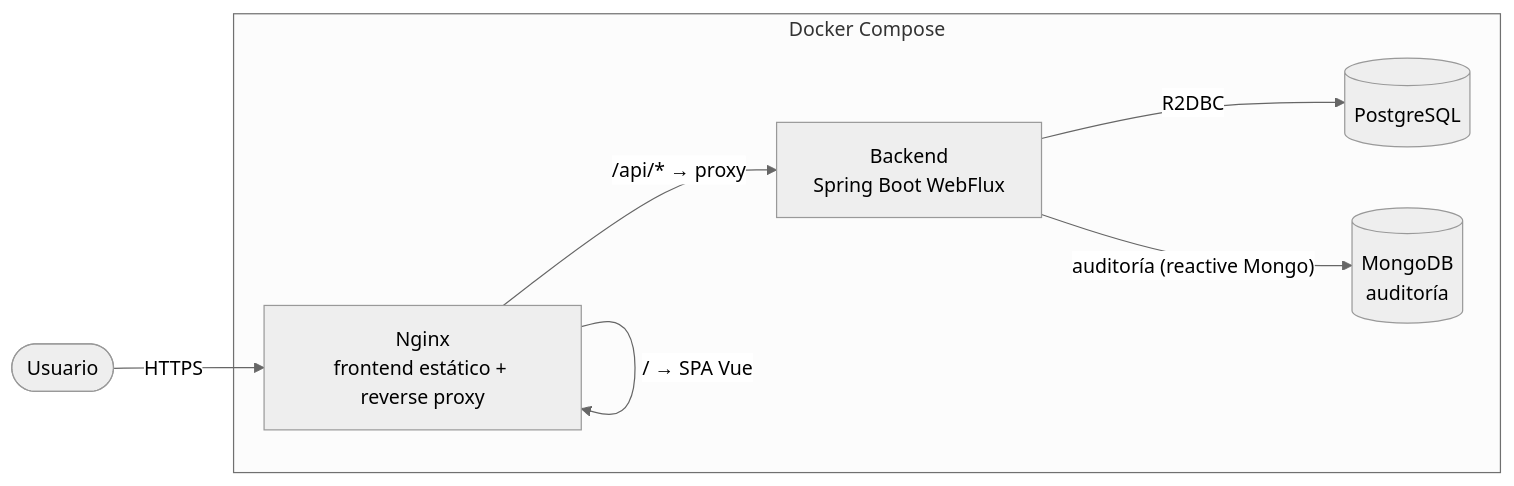
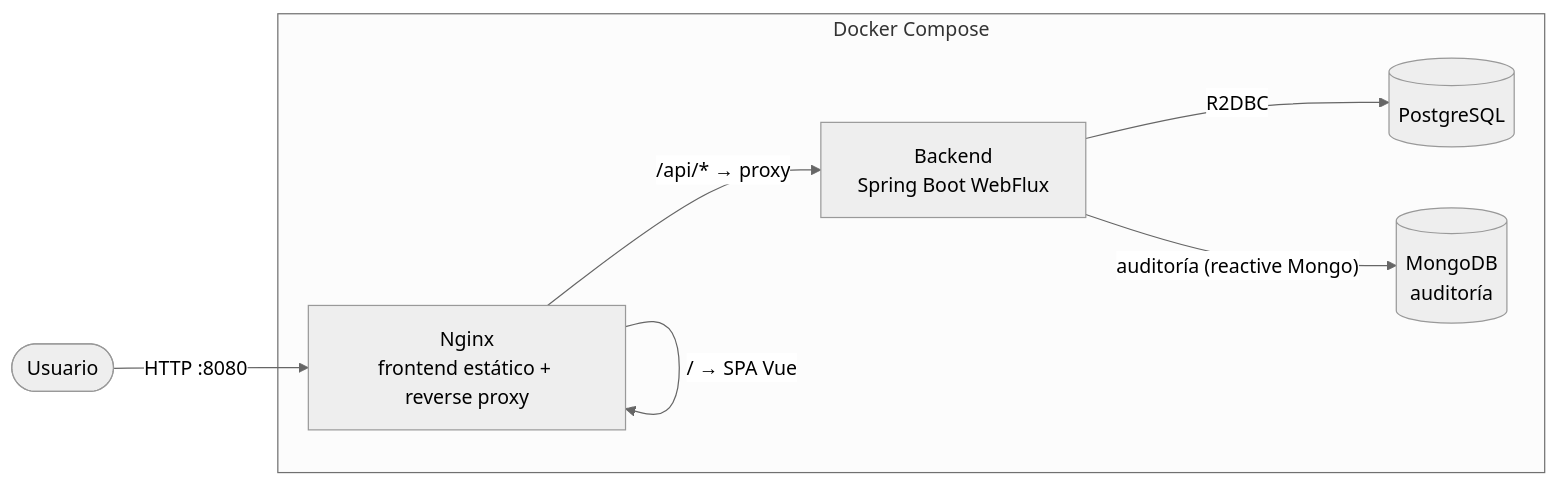
One commit to edzamo/ec-eykcorp changed the first of 13 diagrams in README.md. Above: the diagram before and after it, drawn with Mermaid (neutral theme). The commit also changed other lines of this file and 35 other files, not shown here.

````diff
--- a/README.md
+++ b/README.md
@@ -129,16 +129,16 @@
 ```mermaid
 flowchart LR
-    U([Usuario]) -->|HTTPS| N
+    U([Usuario]) -->|HTTP :8080| N
 
     subgraph Docker Compose
         N["Nginx<br/>frontend estático + reverse proxy"]
         B["Backend<br/>Spring Boot WebFlux"]
         P[("PostgreSQL")]
         M[("MongoDB<br/>auditoría")]
     end
 
     N -->|"/ → SPA Vue"| N
     N -->|"/api/* → proxy"| B
     B -->|R2DBC| P
     B -->|"auditoría (reactive Mongo)"| M
 ```
````
